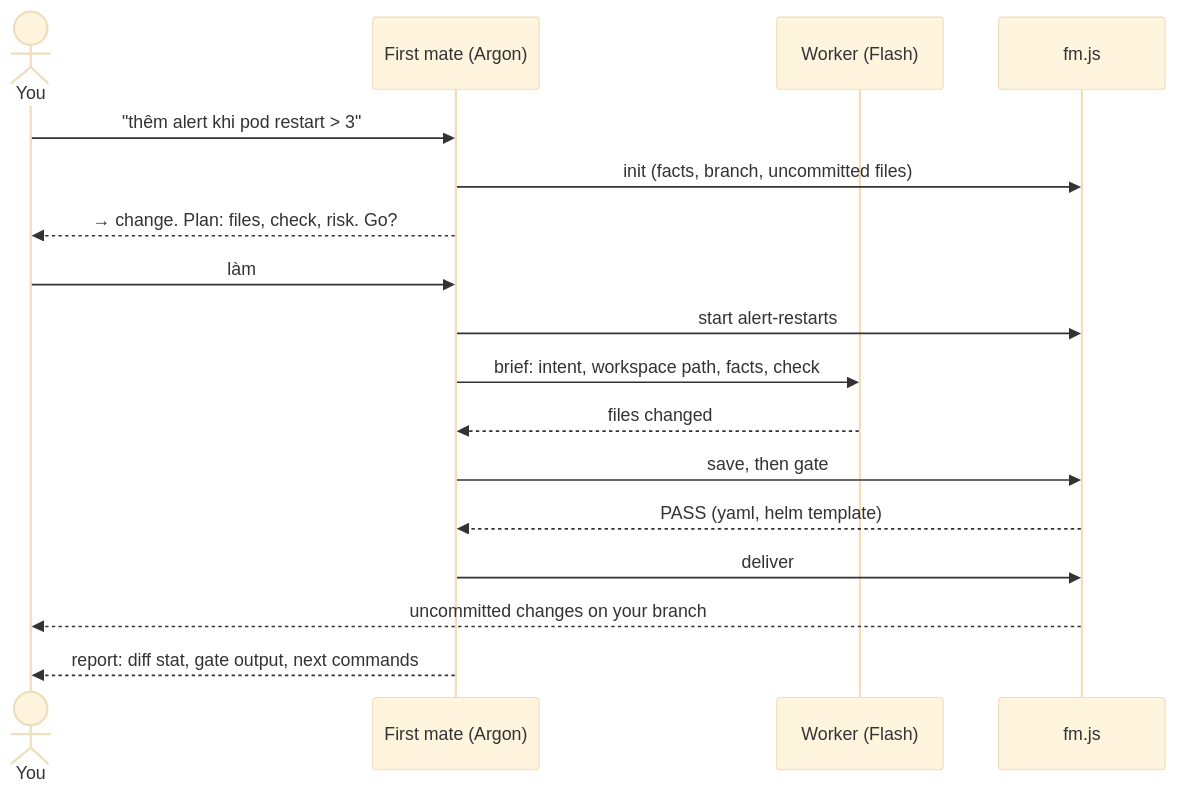
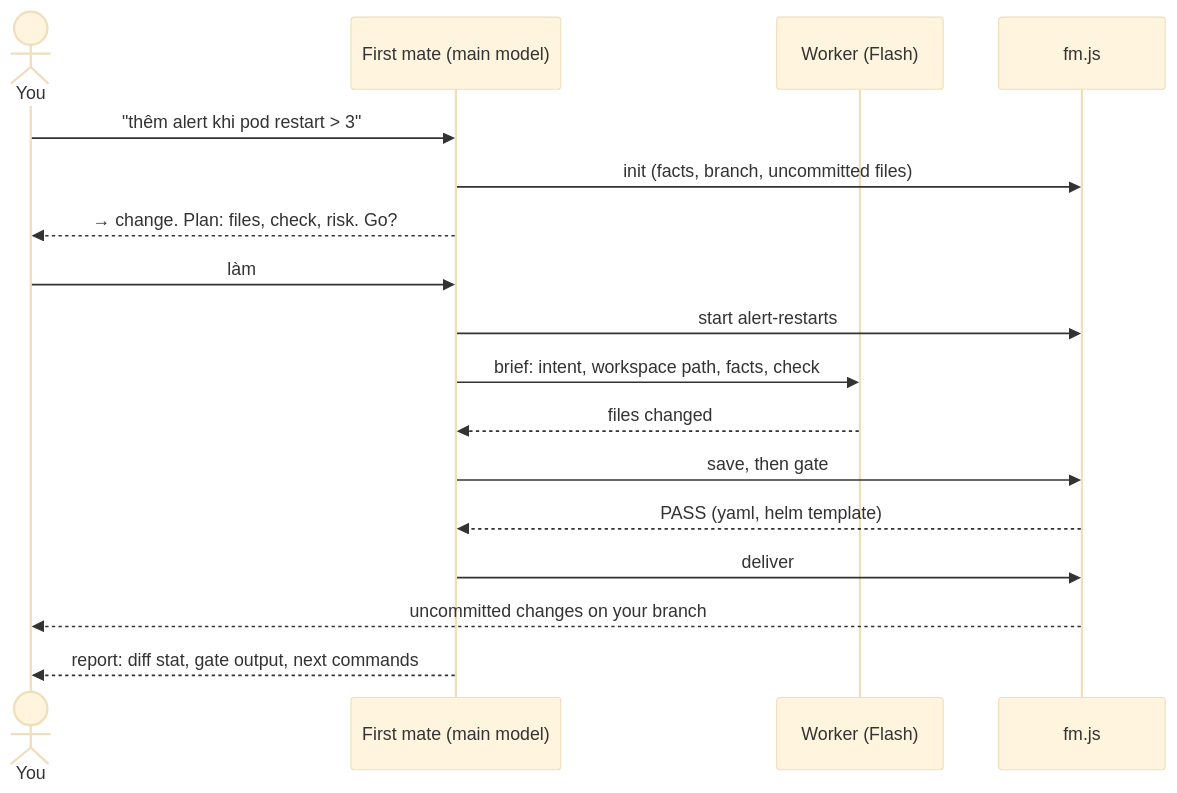
One commit to cuongtt0201/antigravity-firstmate changed the second of 4 diagrams in docs/architecture.md. Above: the diagram before and after it, drawn with Mermaid (base theme). The commit also changed other lines of this file and 13 other files, not shown here.

````diff
--- a/docs/architecture.md
+++ b/docs/architecture.md
@@ -70,19 +70,19 @@
 ```mermaid
 sequenceDiagram
   actor C as You
-  participant F as First mate (Argon)
+  participant F as First mate (main model)
   participant W as Worker (Flash)
   participant S as fm.js
   C->>F: "thêm alert khi pod restart > 3"
   F->>S: init (facts, branch, uncommitted files)
   F-->>C: → change. Plan: files, check, risk. Go?
   C->>F: làm
   F->>S: start alert-restarts
   F->>W: brief: intent, workspace path, facts, check
   W-->>F: files changed
   F->>S: save, then gate
   S-->>F: PASS (yaml, helm template)
   F->>S: deliver
   S-->>C: uncommitted changes on your branch
   F-->>C: report: diff stat, gate output, next commands
 ```
````
